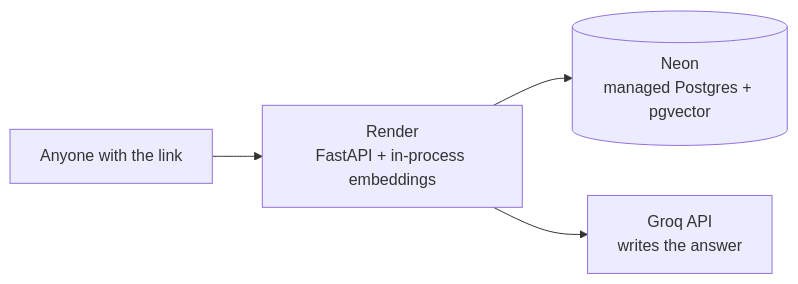
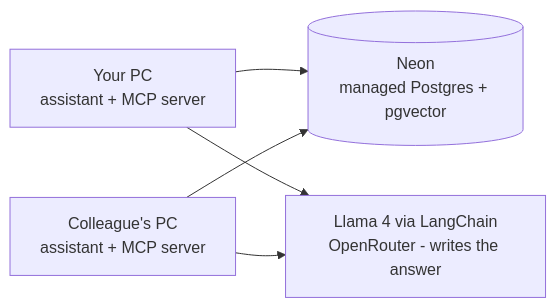
Before and after one commit to j4rv1ss/tender-rag-mcp: the sixth of 6 diagrams in docs/architecture.md, drawn with Mermaid. The commit also changed other lines of this file and 20 other files, not shown here.

First line of the commit message:
Replace FastAPI HTTP layer with an MCP server

````diff
--- a/docs/architecture.md
+++ b/docs/architecture.md
@@ -310,6 +328,7 @@
 ```mermaid
 flowchart LR
-  U[Anyone with the link] --> R[Render<br/>FastAPI + in-process embeddings]
-  R --> N[(Neon<br/>managed Postgres + pgvector)]
-  R --> G[Groq API<br/>writes the answer]
+  A[Your PC<br/>assistant + MCP server] --> N[(Neon<br/>managed Postgres + pgvector)]
+  B[Colleague's PC<br/>assistant + MCP server] --> N
+  A --> G[Llama 4 via LangChain<br/>OpenRouter - writes the answer]
+  B --> G
 ```
````
